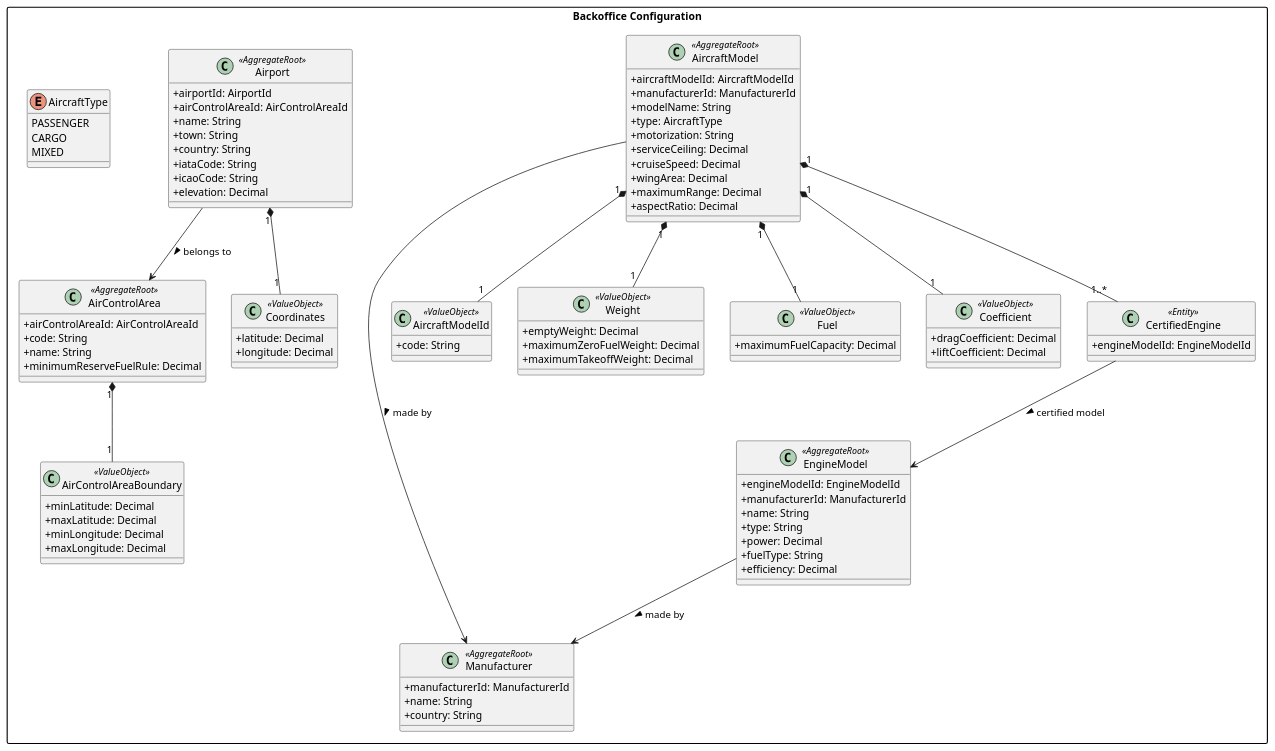
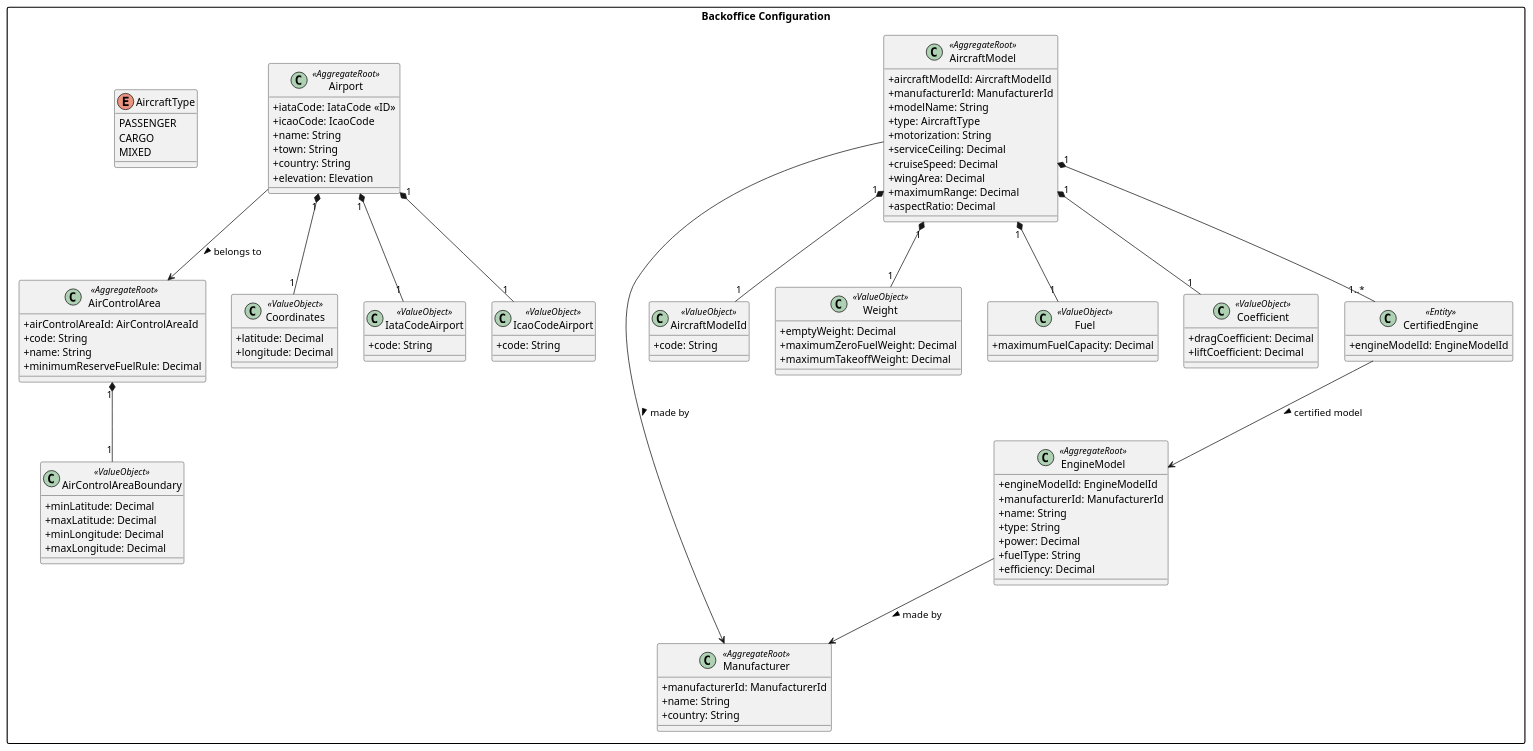
One commit to goncalolopesp/sem4pi2526-sem4pi2526_2di5 changed the diagram in docs/US_010/DM-backofficeConfiguration.puml. Above: the diagram before and after it, drawn with PlantUML. The commit also changed 214 other files, not shown here.

```diff
--- a/docs/US_010/DM-backofficeConfiguration.puml
+++ b/docs/US_010/DM-backofficeConfiguration.puml
@@ -1,111 +1,119 @@
 @startuml
 skinparam classAttributeIconSize 0
 skinparam shadowing false
 skinparam packageStyle rectangle
 
 package "Backoffice Configuration" {
 
   class Manufacturer <<AggregateRoot>> {
     +manufacturerId: ManufacturerId
     +name: String
     +country: String
   }
 
   class EngineModel <<AggregateRoot>> {
     +engineModelId: EngineModelId
     +manufacturerId: ManufacturerId
     +name: String
     +type: String
     +power: Decimal
     +fuelType: String
     +efficiency: Decimal
   }
 
   class AircraftModel <<AggregateRoot>> {
     +aircraftModelId: AircraftModelId
     +manufacturerId: ManufacturerId
     +modelName: String
     +type: AircraftType
     +motorization: String
     +serviceCeiling: Decimal
     +cruiseSpeed: Decimal
     +wingArea: Decimal
     +maximumRange: Decimal
     +aspectRatio: Decimal
   }
 
   class AircraftModelId <<ValueObject>> {
     +code: String
   }
 
   class Weight <<ValueObject>> {
     +emptyWeight: Decimal
     +maximumZeroFuelWeight: Decimal
     +maximumTakeoffWeight: Decimal
   }
 
   class Fuel <<ValueObject>> {
     +maximumFuelCapacity: Decimal
   }
 
   class Coefficient <<ValueObject>> {
     +dragCoefficient: Decimal
     +liftCoefficient: Decimal
   }
 
   class CertifiedEngine <<Entity>> {
     +engineModelId: EngineModelId
   }
 
   class AirControlArea <<AggregateRoot>> {
     +airControlAreaId: AirControlAreaId
     +code: String
     +name: String
     +minimumReserveFuelRule: Decimal
   }
 
   class AirControlAreaBoundary <<ValueObject>> {
     +minLatitude: Decimal
     +maxLatitude: Decimal
     +minLongitude: Decimal
     +maxLongitude: Decimal
   }
 
   class Airport <<AggregateRoot>> {
-    +airportId: AirportId
-    +airControlAreaId: AirControlAreaId
+    +iataCode: IataCode <<ID>>
+    +icaoCode: IcaoCode
     +name: String
     +town: String
     +country: String
-    +iataCode: String
-    +icaoCode: String
-    +elevation: Decimal
+    +elevation: Elevation
   }
 
   class Coordinates <<ValueObject>> {
     +latitude: Decimal
     +longitude: Decimal
+  }
+
+  class IataCodeAirport <<ValueObject>> {
+    +code: String
+  }
+
+  class IcaoCodeAirport <<ValueObject>> {
+    +code: String
   }
 
   enum AircraftType {
     PASSENGER
     CARGO
     MIXED
   }
 }
 
 AircraftModel "1" *-- "1..*" CertifiedEngine
 AircraftModel "1" *-- "1" Weight
 AircraftModel "1" *-- "1" Fuel
 AircraftModel "1" *-- "1" Coefficient
 AircraftModel "1" *-- "1" AircraftModelId
 
 AirControlArea "1" *-- "1" AirControlAreaBoundary
 Airport "1" *-- "1" Coordinates
+Airport "1" *-- "1" IataCodeAirport
+Airport "1" *-- "1" IcaoCodeAirport
 
 EngineModel --> Manufacturer : made by >
 AircraftModel --> Manufacturer : made by >
 CertifiedEngine --> EngineModel : certified model >
 Airport --> AirControlArea : belongs to >
 
 @enduml
```
